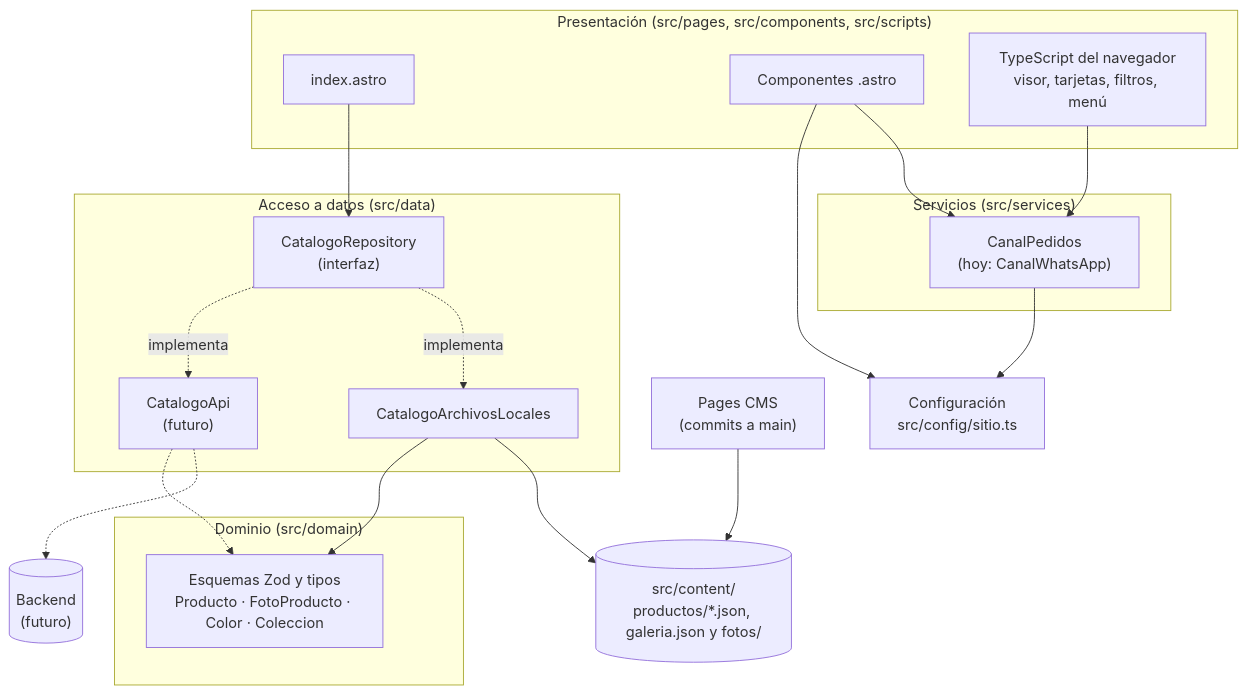
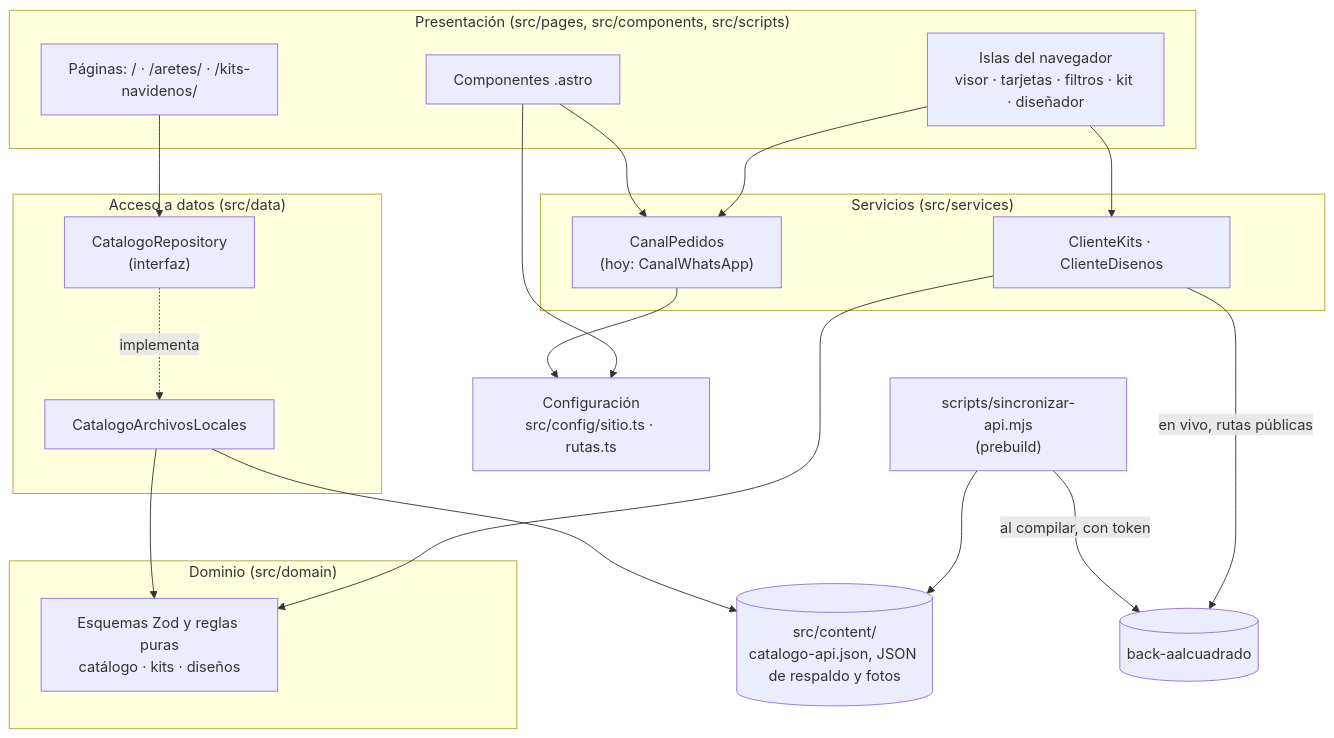
The diagram in docs/arquitectura.md (AIMtonio/front-aalcuadrado), drawn with Mermaid before and after one commit. The commit also changed other lines of this file and 8 other files, not shown here.

````diff
--- a/docs/arquitectura.md
+++ b/docs/arquitectura.md
@@ -7,40 +9,41 @@
 ```mermaid
 flowchart TB
   subgraph UI["Presentación (src/pages, src/components, src/scripts)"]
-    P[index.astro]
+    P["Páginas: / · /aretes/ · /kits-navidenos/"]
     C[Componentes .astro]
-    JS[TypeScript del navegador<br/>visor, tarjetas, filtros, menú]
+    JS["Islas del navegador<br/>visor · tarjetas · filtros · kit · diseñador"]
   end
 
   subgraph SERV["Servicios (src/services)"]
     PED["CanalPedidos<br/>(hoy: CanalWhatsApp)"]
+    CLI["ClienteKits · ClienteDisenos"]
   end
 
   subgraph DATOS["Acceso a datos (src/data)"]
     REPO["CatalogoRepository<br/>(interfaz)"]
     LOCAL[CatalogoArchivosLocales]
-    API["CatalogoApi<br/>(futuro)"]
   end
 
   subgraph DOM["Dominio (src/domain)"]
-    Z["Esquemas Zod y tipos<br/>Producto · FotoProducto · Color · Coleccion"]
+    Z["Esquemas Zod y reglas puras<br/>catálogo · kits · diseños"]
   end
 
-  CFG["Configuración<br/>src/config/sitio.ts"]
-  FS[("src/content/<br/>productos/*.json, galeria.json y fotos/")]
-  CMS["Pages CMS<br/>(commits a main)"]
-  BE[("Backend<br/>(futuro)")]
+  CFG["Configuración<br/>src/config/sitio.ts · rutas.ts"]
+  FS[("src/content/<br/>catalogo-api.json, JSON de respaldo y fotos")]
+  SYNC["scripts/sincronizar-api.mjs<br/>(prebuild)"]
+  BE[("back-aalcuadrado")]
 
   P --> REPO
   C --> PED
   JS --> PED
+  JS --> CLI
   REPO -.implementa.-> LOCAL
-  REPO -.implementa.-> API
   LOCAL --> FS
-  CMS --> FS
-  API -.-> BE
+  SYNC --> FS
+  SYNC -- "al compilar, con token" --> BE
+  CLI -- "en vivo, rutas públicas" --> BE
   LOCAL --> Z
-  API -.-> Z
+  CLI --> Z
   PED --> CFG
   C --> CFG
 ```
````
